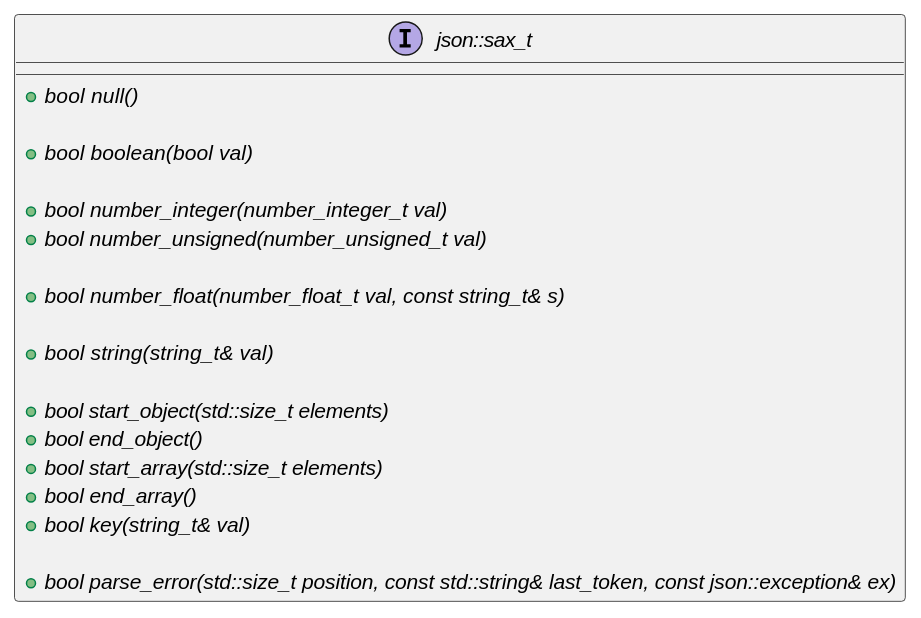
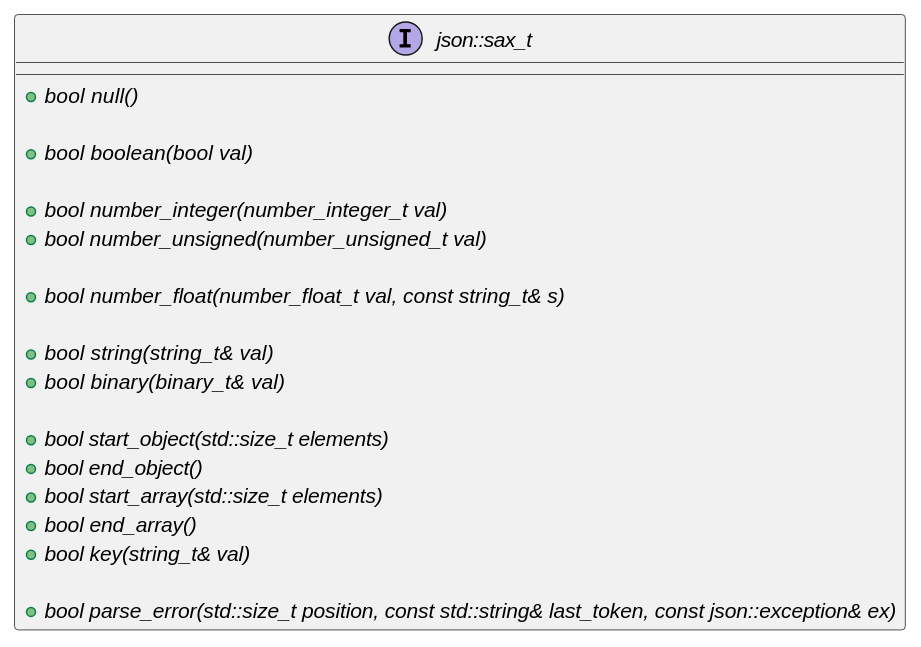
The diagram in foreign/nlohmann_json/doc/mkdocs/docs/features/parsing/sax_interface.md (turol/utuputki), drawn with PlantUML before and after one commit. The commit also changed other lines of this file and 147 other files, not shown here.

````diff
--- a/foreign/nlohmann_json/doc/mkdocs/docs/features/parsing/sax_interface.md
+++ b/foreign/nlohmann_json/doc/mkdocs/docs/features/parsing/sax_interface.md
@@ -5,22 +5,23 @@
 ```plantuml
 interface json::sax_t {
     + {abstract} bool null()
 
     + {abstract} bool boolean(bool val)
 
     + {abstract} bool number_integer(number_integer_t val)
     + {abstract} bool number_unsigned(number_unsigned_t val)
 
     + {abstract} bool number_float(number_float_t val, const string_t& s)
 
     + {abstract} bool string(string_t& val)
+    + {abstract} bool binary(binary_t& val)
 
     + {abstract} bool start_object(std::size_t elements)
     + {abstract} bool end_object()
     + {abstract} bool start_array(std::size_t elements)
     + {abstract} bool end_array()
     + {abstract} bool key(string_t& val)
 
     + {abstract} bool parse_error(std::size_t position, const std::string& last_token, const json::exception& ex)
 }
 ```
````
